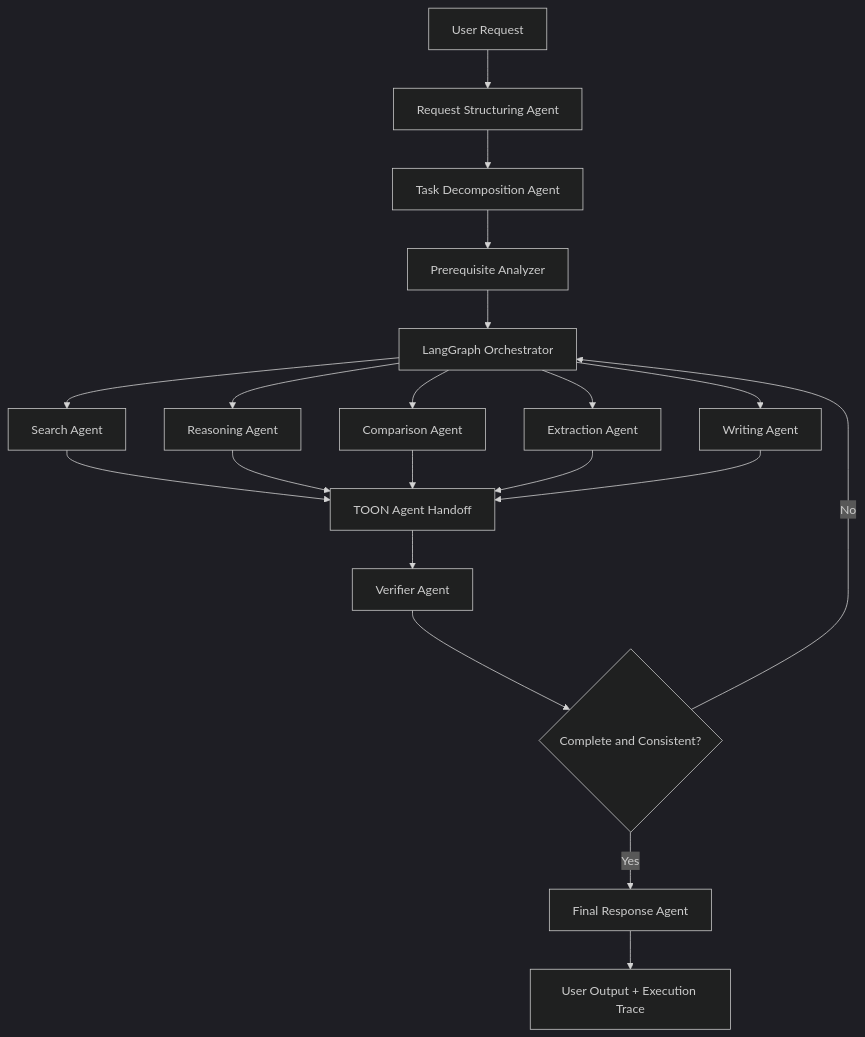
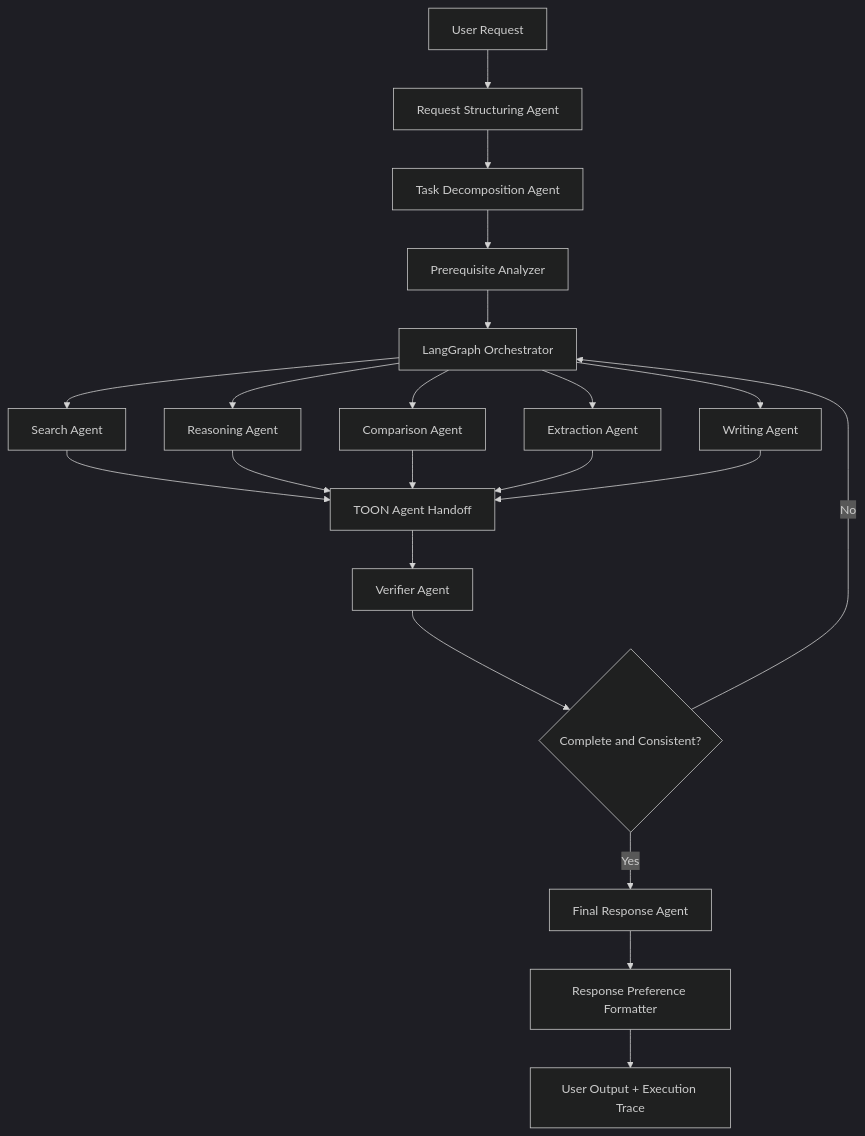
Before and after one commit to Hassaan146/agentic-ai-workflow: the first of 9 diagrams in docs/diagrams.md, drawn with Mermaid (dark theme). The commit also changed other lines of this file, not shown here.

Commit message:
Add response preference diagrams

````diff
--- a/docs/diagrams.md
+++ b/docs/diagrams.md
@@ -7,22 +7,23 @@
 ```mermaid
 flowchart TD
     A["User Request"] --> B["Request Structuring Agent"]
     B --> C["Task Decomposition Agent"]
     C --> D["Prerequisite Analyzer"]
     D --> E["LangGraph Orchestrator"]
     E --> F["Search Agent"]
     E --> G["Reasoning Agent"]
     E --> H["Comparison Agent"]
     E --> I["Extraction Agent"]
     E --> J["Writing Agent"]
     F --> K["TOON Agent Handoff"]
     G --> K
     H --> K
     I --> K
     J --> K
     K --> L["Verifier Agent"]
     L --> M{"Complete and Consistent?"}
     M -->|No| E
     M -->|Yes| N["Final Response Agent"]
-    N --> O["User Output + Execution Trace"]
+    N --> P["Response Preference Formatter"]
+    P --> O["User Output + Execution Trace"]
 ```
````
